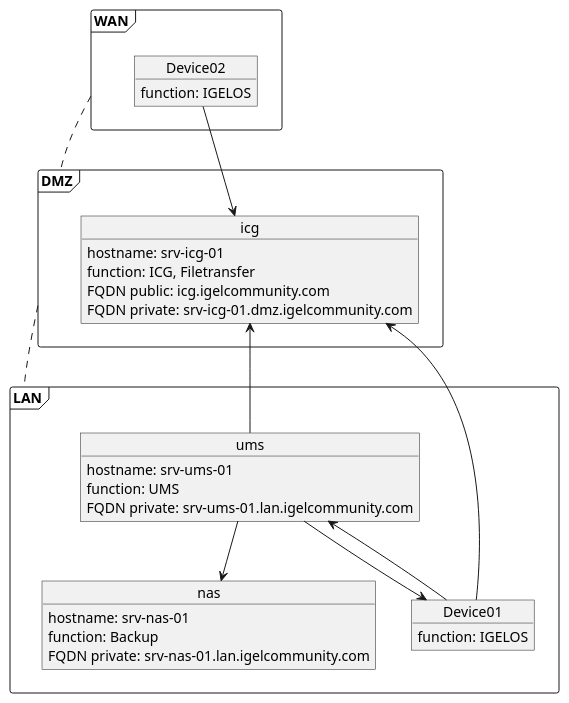
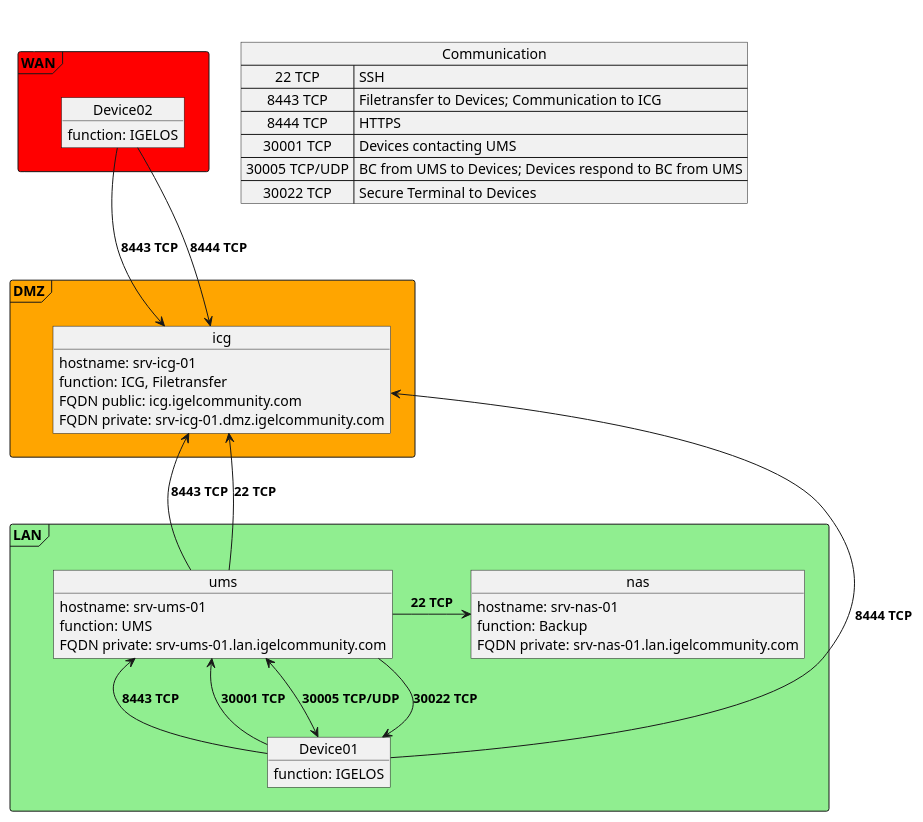
One commit to falkheiland/IGEL-Ansible changed the diagram in media/IGEL-Ansible.wsd. Above: the diagram before and after it, drawn with PlantUML. The commit also changed 3 other files, not shown here.

```diff
--- a/media/IGEL-Ansible.wsd
+++ b/media/IGEL-Ansible.wsd
@@ -1,53 +1,67 @@
 @startuml name IGEL-Ansible
 
-frame DMZ {
+frame DMZ #Orange{
 
   object icg {
     hostname: srv-icg-01
     function: ICG, Filetransfer
     FQDN public: icg.igelcommunity.com
     FQDN private: srv-icg-01.dmz.igelcommunity.com
   }
 
 }
 
-frame LAN {
+frame LAN #LightGreen {
 
   object ums {
     hostname: srv-ums-01
     function: UMS
     FQDN private: srv-ums-01.lan.igelcommunity.com
   }
 
   object nas {
     hostname: srv-nas-01
     function: Backup
     FQDN private: srv-nas-01.lan.igelcommunity.com
   }
 
   object Device01 {
     function: IGELOS
   }
 
 }
 
-frame WAN {
+frame WAN #Red {
 
   object Device02 {
     function: IGELOS
   }
 
 }
 
+map Communication {
+  22 TCP                => SSH
+  8443 TCP              => Filetransfer to Devices; Communication to ICG
+  8444 TCP              => HTTPS
+  30001 TCP             => Devices contacting UMS
+  30005 TCP/UDP         => BC from UMS to Devices; Devices respond to BC from UMS
+  30022 TCP             => Secure Terminal to Devices
+}
 
-WAN .down. DMZ
-DMZ .down. LAN
+Communication .left[#white]. WAN
+WAN .down[#white]. DMZ
+DMZ .down[#white]. LAN
 
-ums -up-> icg
-ums -down-> nas
-ums -down-> Device01
-Device01 -up-> ums
-Device01 -up-> icg
-Device02 -down-> icg
+Device02 -down-> icg: **8443 TCP**
+Device02 -down-> icg: **8444 TCP**
+ums -up-> icg: **8443 TCP**
+ums -up-> icg: **22 TCP**
+ums -right-> nas: **22 TCP**
+Device01 -up-> ums: **8443 TCP**
+Device01 -up-> ums: **30001 TCP**
+Device01 <-up-> ums: **30005 TCP/UDP**
+Device01 <-up- ums: **30022 TCP**
+Device01 -up-> icg: **8444 TCP**
+
 
 @enduml
```
